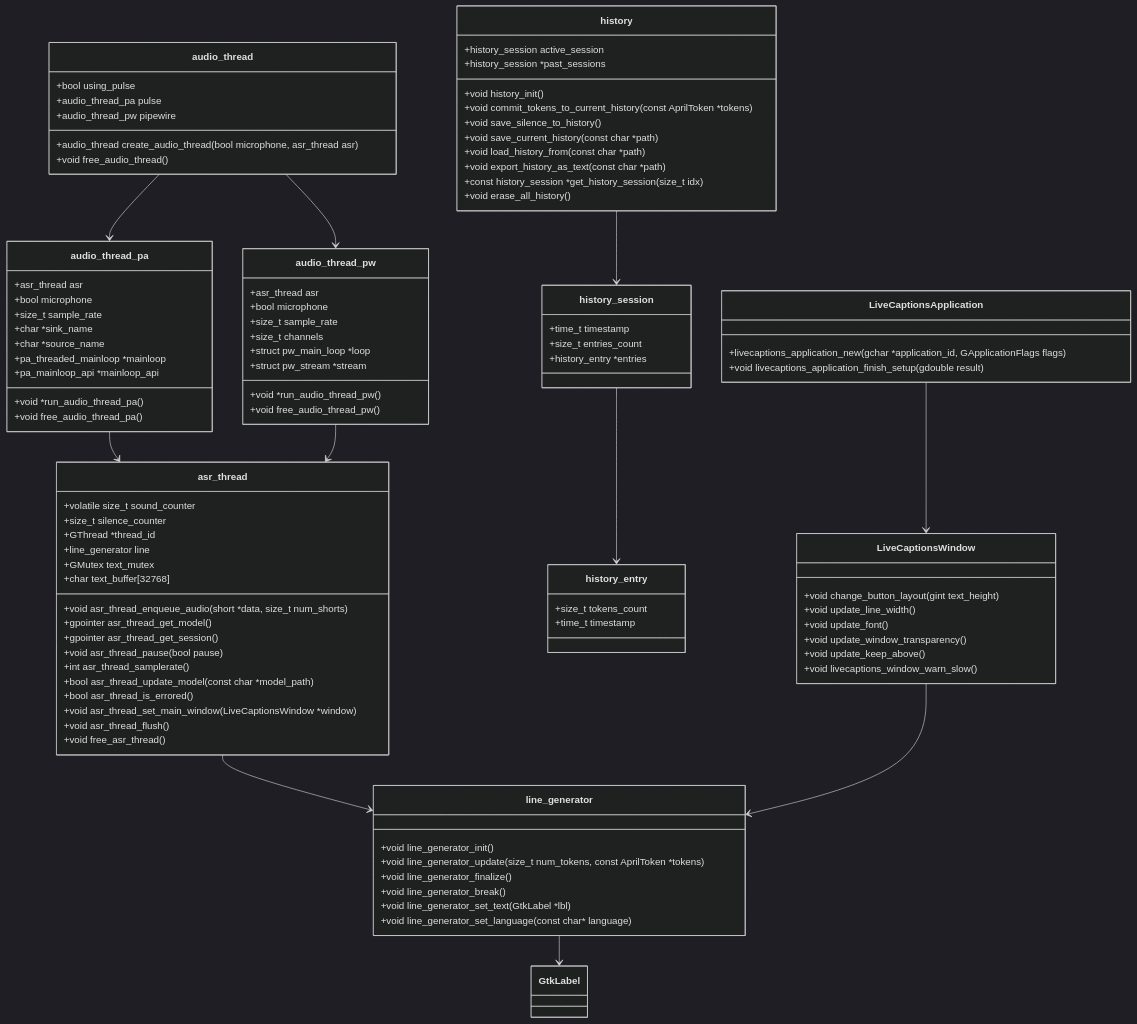
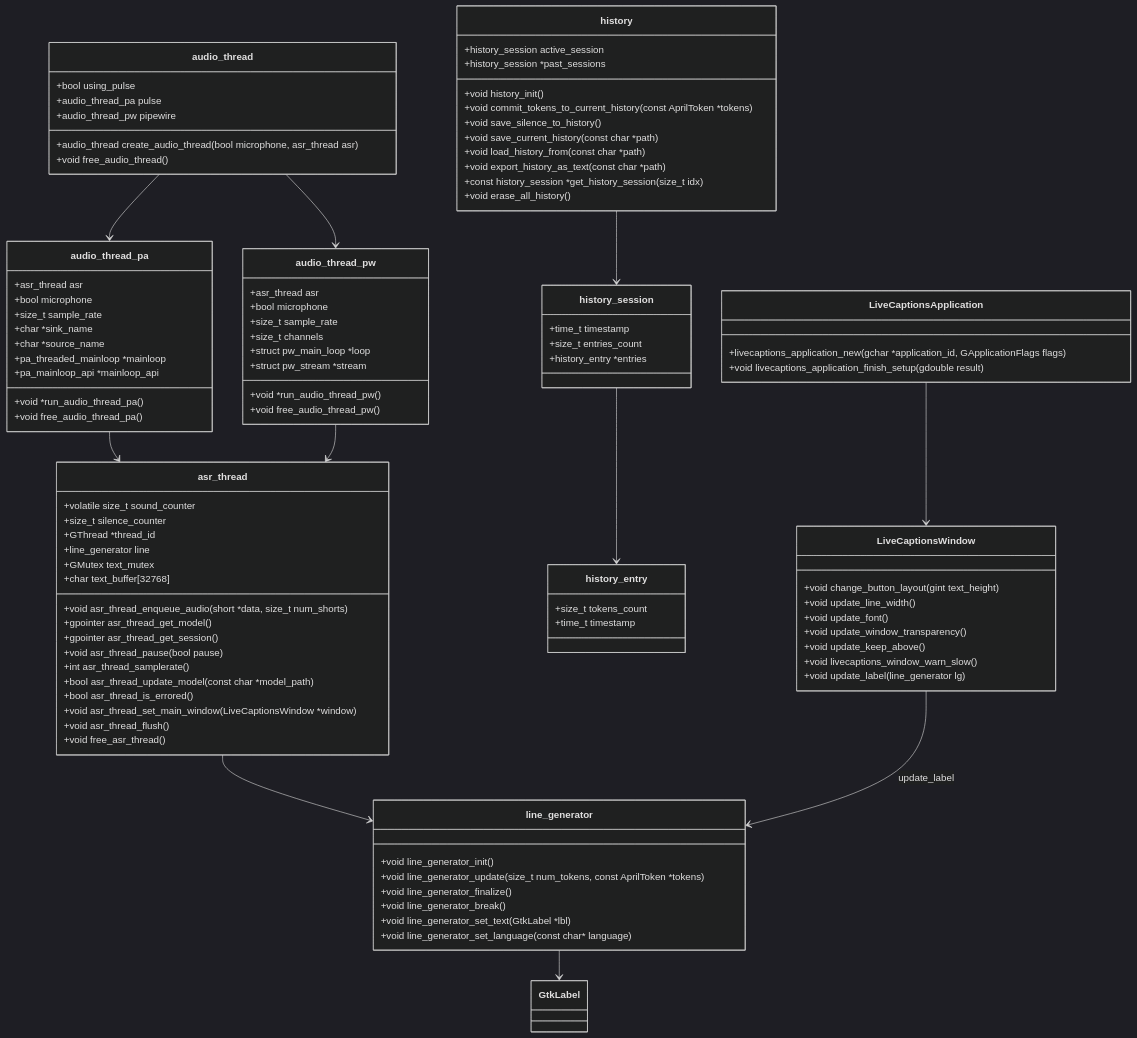
The diagram in docs/class_diagram.mmd (edmistond/LiveCaptions), drawn with Mermaid (dark theme) before and after one commit.

Commit message:
Update class diagram to reflect interaction between LiveCaptionsWindow and line_generator.

```diff
--- a/docs/class_diagram.mmd
+++ b/docs/class_diagram.mmd
@@ -1,108 +1,109 @@
 classDiagram
     class asr_thread {
         +volatile size_t sound_counter
         +size_t silence_counter
         +GThread *thread_id
         +line_generator line
         +GMutex text_mutex
         +char text_buffer[32768]
         +void asr_thread_enqueue_audio(short *data, size_t num_shorts)
         +gpointer asr_thread_get_model()
         +gpointer asr_thread_get_session()
         +void asr_thread_pause(bool pause)
         +int asr_thread_samplerate()
         +bool asr_thread_update_model(const char *model_path)
         +bool asr_thread_is_errored()
         +void asr_thread_set_main_window(LiveCaptionsWindow *window)
         +void asr_thread_flush()
         +void free_asr_thread()
     }
 
     class audio_thread_pa {
         +asr_thread asr
         +bool microphone
         +size_t sample_rate
         +char *sink_name
         +char *source_name
         +pa_threaded_mainloop *mainloop
         +pa_mainloop_api *mainloop_api
         +void *run_audio_thread_pa()
         +void free_audio_thread_pa()
     }
 
     class audio_thread_pw {
         +asr_thread asr
         +bool microphone
         +size_t sample_rate
         +size_t channels
         +struct pw_main_loop *loop
         +struct pw_stream *stream
         +void *run_audio_thread_pw()
         +void free_audio_thread_pw()
     }
 
     class audio_thread {
         +bool using_pulse
         +audio_thread_pa pulse
         +audio_thread_pw pipewire
         +audio_thread create_audio_thread(bool microphone, asr_thread asr)
         +void free_audio_thread()
     }
 
     class history_session {
         +time_t timestamp
         +size_t entries_count
         +history_entry *entries
     }
 
     class history_entry {
         +size_t tokens_count
         +time_t timestamp
     }
 
     class history {
         +history_session active_session
         +history_session *past_sessions
         +void history_init()
         +void commit_tokens_to_current_history(const AprilToken *tokens)
         +void save_silence_to_history()
         +void save_current_history(const char *path)
         +void load_history_from(const char *path)
         +void export_history_as_text(const char *path)
         +const history_session *get_history_session(size_t idx)
         +void erase_all_history()
     }
 
     class line_generator {
         +void line_generator_init()
         +void line_generator_update(size_t num_tokens, const AprilToken *tokens)
         +void line_generator_finalize()
         +void line_generator_break()
         +void line_generator_set_text(GtkLabel *lbl)
         +void line_generator_set_language(const char* language)
     }
 
     class LiveCaptionsApplication {
         +livecaptions_application_new(gchar *application_id, GApplicationFlags flags)
         +void livecaptions_application_finish_setup(gdouble result)
     }
 
     class LiveCaptionsWindow {
         +void change_button_layout(gint text_height)
         +void update_line_width()
         +void update_font()
         +void update_window_transparency()
         +void update_keep_above()
         +void livecaptions_window_warn_slow()
+        +void update_label(line_generator lg)
     }
 
     asr_thread --> line_generator
     audio_thread_pa --> asr_thread
     audio_thread_pw --> asr_thread
     audio_thread --> audio_thread_pa
     audio_thread --> audio_thread_pw
     history --> history_session
     history_session --> history_entry
     line_generator --> GtkLabel
     LiveCaptionsApplication --> LiveCaptionsWindow
-    LiveCaptionsWindow --> line_generator
+    LiveCaptionsWindow --> line_generator : update_label
```
